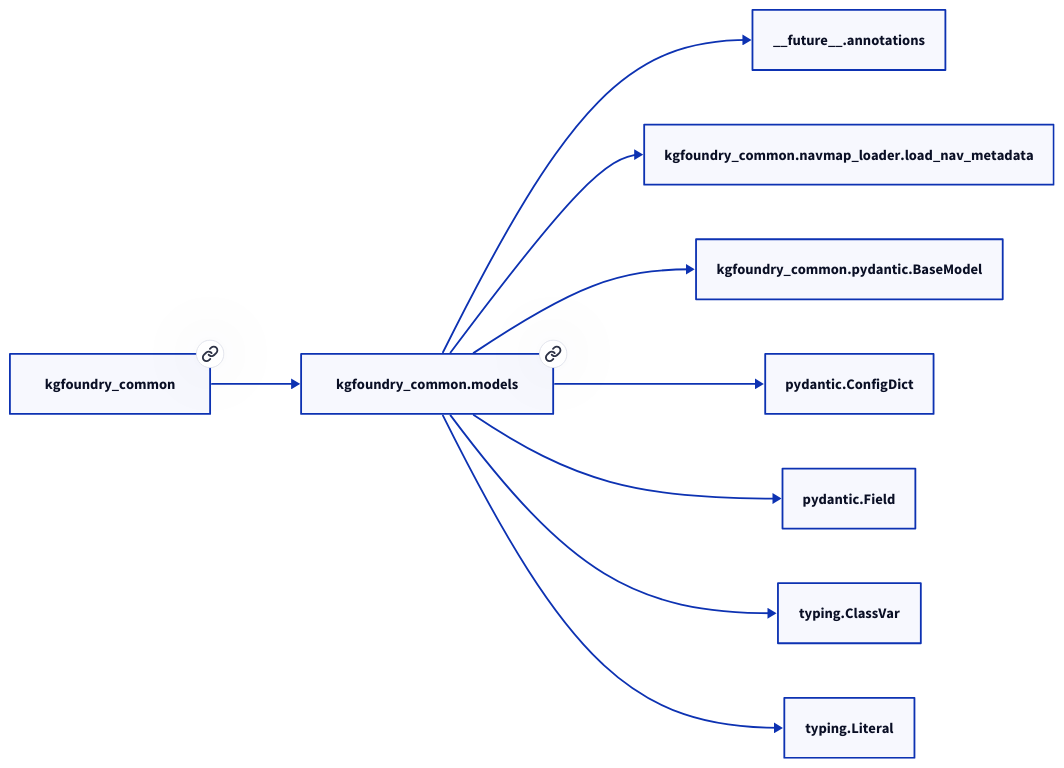
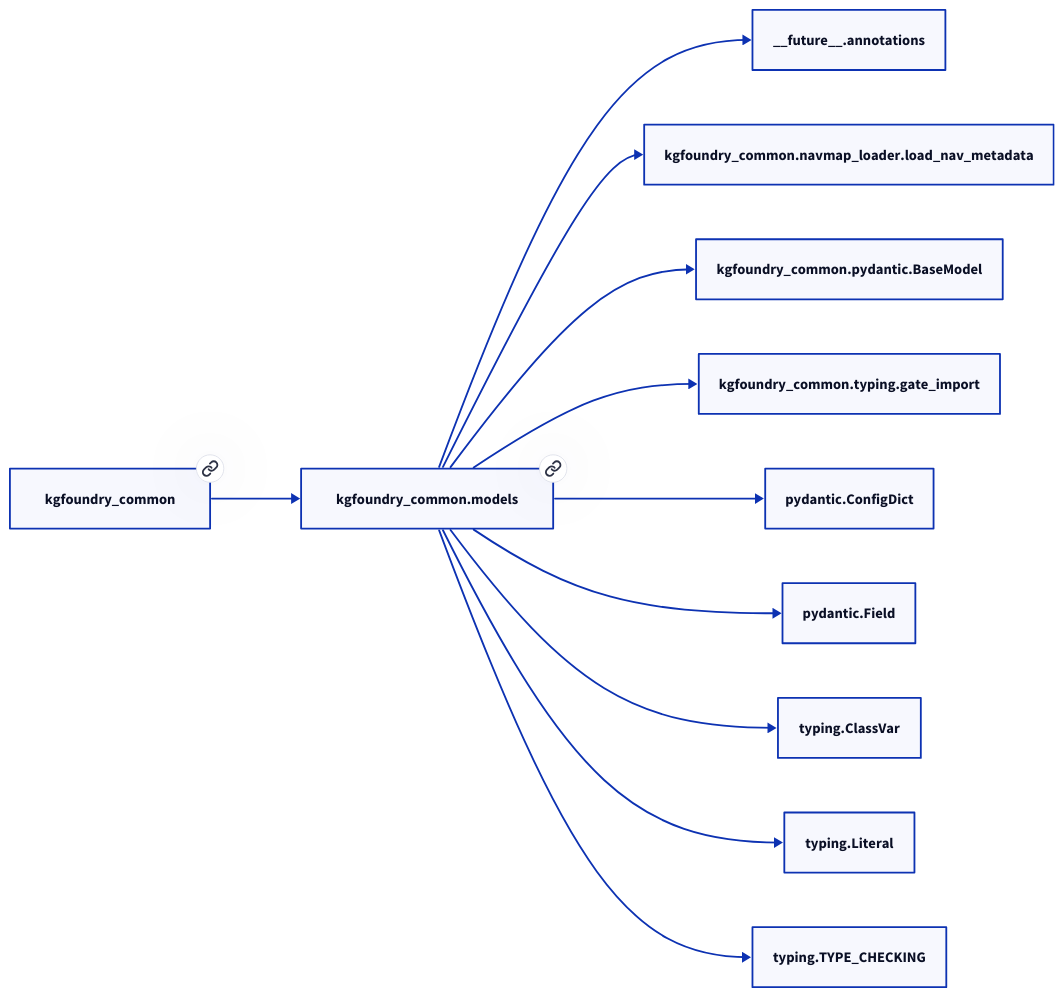
One commit to paul-heyse/kgforge changed the second of 2 diagrams in docs/modules/kgfoundry_common/models.md. Above: the diagram before and after it, drawn with D2. The commit also changed other lines of this file and 107 other files, not shown here.

````diff
--- a/docs/modules/kgfoundry_common/models.md
+++ b/docs/modules/kgfoundry_common/models.md
@@ -68,20 +68,24 @@
 ```d2
 direction: right
 "kgfoundry_common.models": "kgfoundry_common.models" { link: "https://github.com/paul-heyse/kgfoundry/blob/main/src/kgfoundry_common/models.py" }
 "__future__.annotations": "__future__.annotations"
 "kgfoundry_common.models" -> "__future__.annotations"
 "kgfoundry_common.navmap_loader.load_nav_metadata": "kgfoundry_common.navmap_loader.load_nav_metadata"
 "kgfoundry_common.models" -> "kgfoundry_common.navmap_loader.load_nav_metadata"
 "kgfoundry_common.pydantic.BaseModel": "kgfoundry_common.pydantic.BaseModel"
 "kgfoundry_common.models" -> "kgfoundry_common.pydantic.BaseModel"
+"kgfoundry_common.typing.gate_import": "kgfoundry_common.typing.gate_import"
+"kgfoundry_common.models" -> "kgfoundry_common.typing.gate_import"
 "pydantic.ConfigDict": "pydantic.ConfigDict"
 "kgfoundry_common.models" -> "pydantic.ConfigDict"
 "pydantic.Field": "pydantic.Field"
 "kgfoundry_common.models" -> "pydantic.Field"
 "typing.ClassVar": "typing.ClassVar"
 "kgfoundry_common.models" -> "typing.ClassVar"
 "typing.Literal": "typing.Literal"
 "kgfoundry_common.models" -> "typing.Literal"
+"typing.TYPE_CHECKING": "typing.TYPE_CHECKING"
+"kgfoundry_common.models" -> "typing.TYPE_CHECKING"
 "kgfoundry_common": "kgfoundry_common" { link: "https://github.com/paul-heyse/kgfoundry/blob/main/src/kgfoundry_common/__init__.py" }
 "kgfoundry_common" -> "kgfoundry_common.models" { style: dashed }
 ```
````
